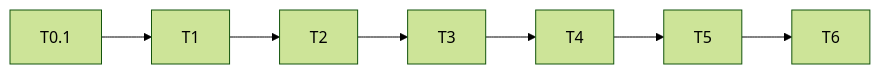
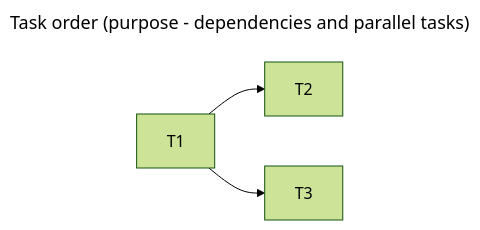
Before and after one commit to huydoansg/my-skills-my-rules-my-agents: the second of 2 diagrams in templates/plan.md, drawn with Mermaid (forest theme). The commit also changed other lines of this file and 24 other files, not shown here.

````diff
--- a/templates/plan.md
+++ b/templates/plan.md
@@ -123,6 +113,8 @@
 ```mermaid
+---
+title: Task order (purpose - dependencies and parallel tasks)
+---
 flowchart LR
-  T0.1 --> T1 --> T2 --> T3 --> T4
-  T4 --> T5
-  T5 --> T6
+  T1 --> T2
+  T1 --> T3
 ```
````
